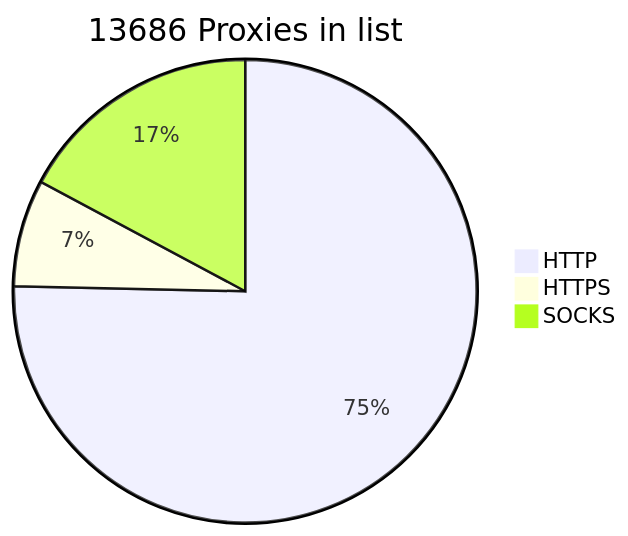
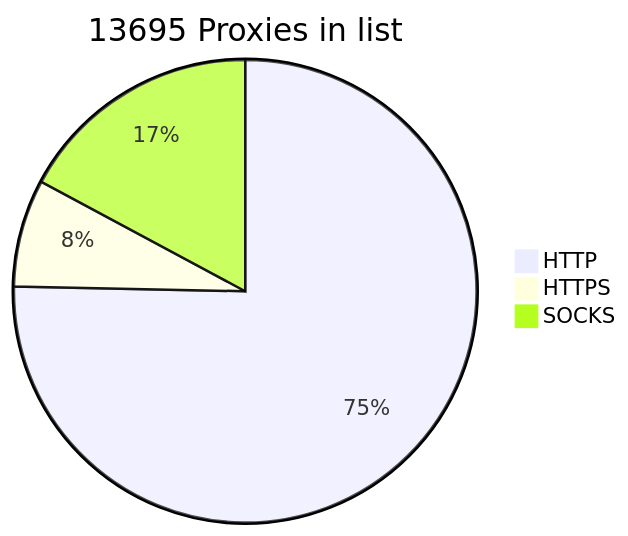
The diagram in README.md (BlackSnowDot/proxylist-update-every-minute), drawn with Mermaid before and after one commit. The commit also changed other lines of this file, not shown here.

````diff
--- a/README.md
+++ b/README.md
@@ -2,6 +2,6 @@
 ```mermaid
-pie title 13686 Proxies in list
-    "HTTP" : 10499
-    "HTTPS": 1042
-    "SOCKS" : 2394
+pie title 13695 Proxies in list
+    "HTTP" : 10511
+    "HTTPS": 1047
+    "SOCKS" : 2395
 ```
````
